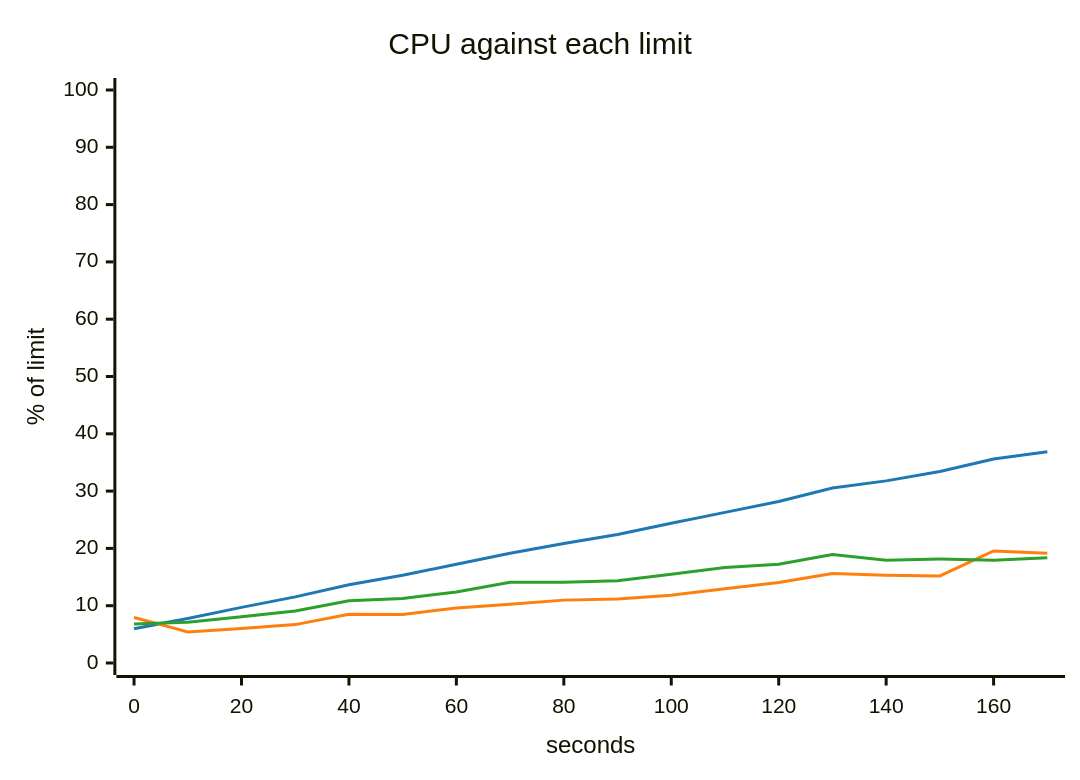
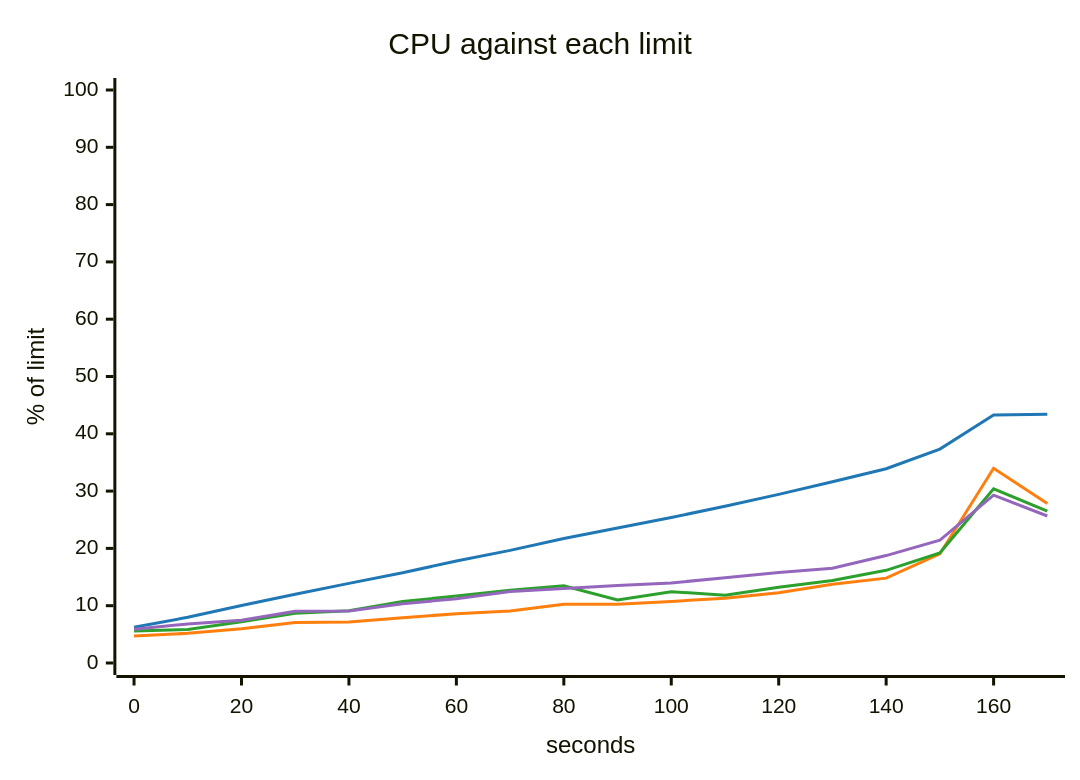
The fifth of 5 diagrams in scenarios/stale-orders/solutions/read-your-writes/report.md (akinfemi/load-lore), drawn with Mermaid before and after one commit. The commit also changed other lines of this file and 49 other files, not shown here.

````diff
--- a/scenarios/stale-orders/solutions/read-your-writes/report.md
+++ b/scenarios/stale-orders/solutions/read-your-writes/report.md
@@ -92,16 +94,17 @@
 ```mermaid
 ---
 config:
   themeVariables:
     xyChart:
       backgroundColor: "transparent"
-      plotColorPalette: "#1f77b4, #ff7f0e, #2ca02c"
+      plotColorPalette: "#1f77b4, #ff7f0e, #2ca02c, #9467bd"
 ---
 xychart-beta
     title "CPU against each limit"
     x-axis "seconds" 0 --> 170
     y-axis "% of limit" 0 --> 100
-    line [5.985, 7.776, 9.703, 11.542, 13.654, 15.319, 17.241, 19.153, 20.854, 22.419, 24.383, 26.289, 28.195, 30.524, 31.784, 33.426, 35.601, 36.874]
-    line [7.948, 5.425, 6.036, 6.7, 8.517, 8.471, 9.593, 10.239, 10.973, 11.152, 11.833, 12.947, 14.04, 15.622, 15.317, 15.203, 19.549, 19.152]
-    line [6.81, 7.121, 8.065, 9.063, 10.846, 11.267, 12.407, 14.082, 14.092, 14.339, 15.498, 16.654, 17.219, 18.933, 17.922, 18.133, 17.915, 18.388]
+    line [6.226, 7.97, 10.021, 12.006, 13.891, 15.735, 17.805, 19.651, 21.718, 23.558, 25.392, 27.37, 29.424, 31.618, 33.897, 37.334, 43.281, 43.414]
+    line [4.694, 5.18, 5.98, 7.069, 7.177, 7.89, 8.607, 9.081, 10.257, 10.268, 10.738, 11.318, 12.262, 13.728, 14.812, 19.047, 33.985, 27.819]
+    line [5.593, 5.866, 7.206, 8.664, 9.107, 10.716, 11.697, 12.709, 13.463, 10.997, 12.451, 11.811, 13.218, 14.405, 16.173, 19.225, 30.384, 26.487]
+    line [5.887, 6.809, 7.455, 9.038, 9.066, 10.351, 11.205, 12.497, 12.991, 13.542, 13.969, 14.879, 15.776, 16.55, 18.748, 21.427, 29.292, 25.657]
 ```
````
